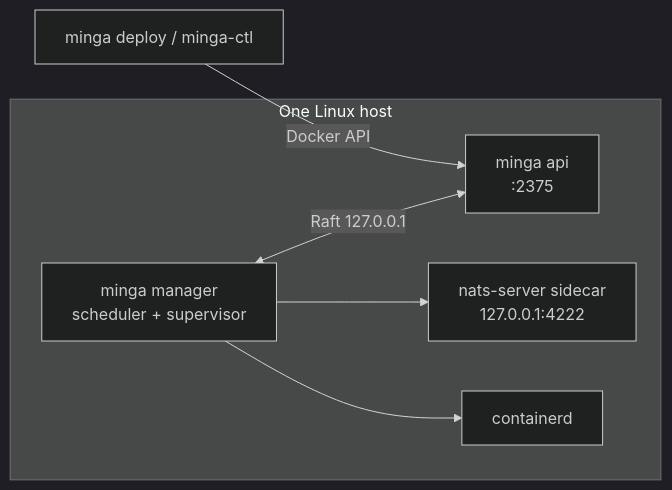
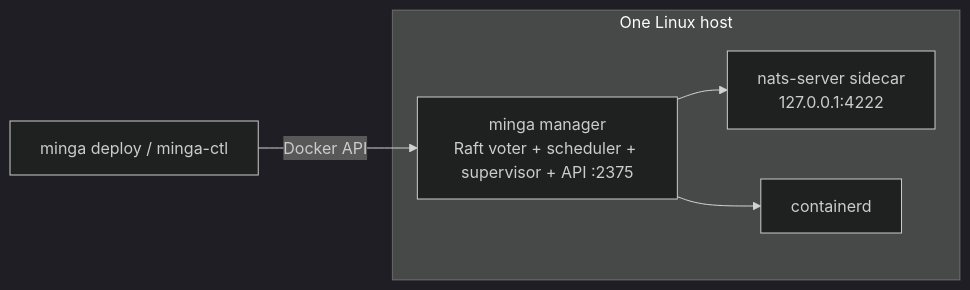
One commit to lithqube/minga changed the first of 2 diagrams in docs/topologies.md. Above: the diagram before and after it, drawn with Mermaid (dark theme). The commit also changed other lines of this file and 6 other files, not shown here.

Commit message:
Phase 12-06: fold API into manager

````diff
--- a/docs/topologies.md
+++ b/docs/topologies.md
@@ -24,9 +25,9 @@
 ```mermaid
 flowchart LR
   subgraph host["One Linux host"]
-    m["minga manager<br/>scheduler + supervisor"] <-->|Raft 127.0.0.1| a["minga api<br/>:2375"]
+    m["minga manager<br/>Raft voter + scheduler + supervisor + API :2375"]
     m --> n["nats-server sidecar<br/>127.0.0.1:4222"]
     m --> c[containerd]
   end
-  op["minga deploy / minga-ctl"] -->|Docker API| a
+  op["minga deploy / minga-ctl"] -->|Docker API| m
 ```
````
